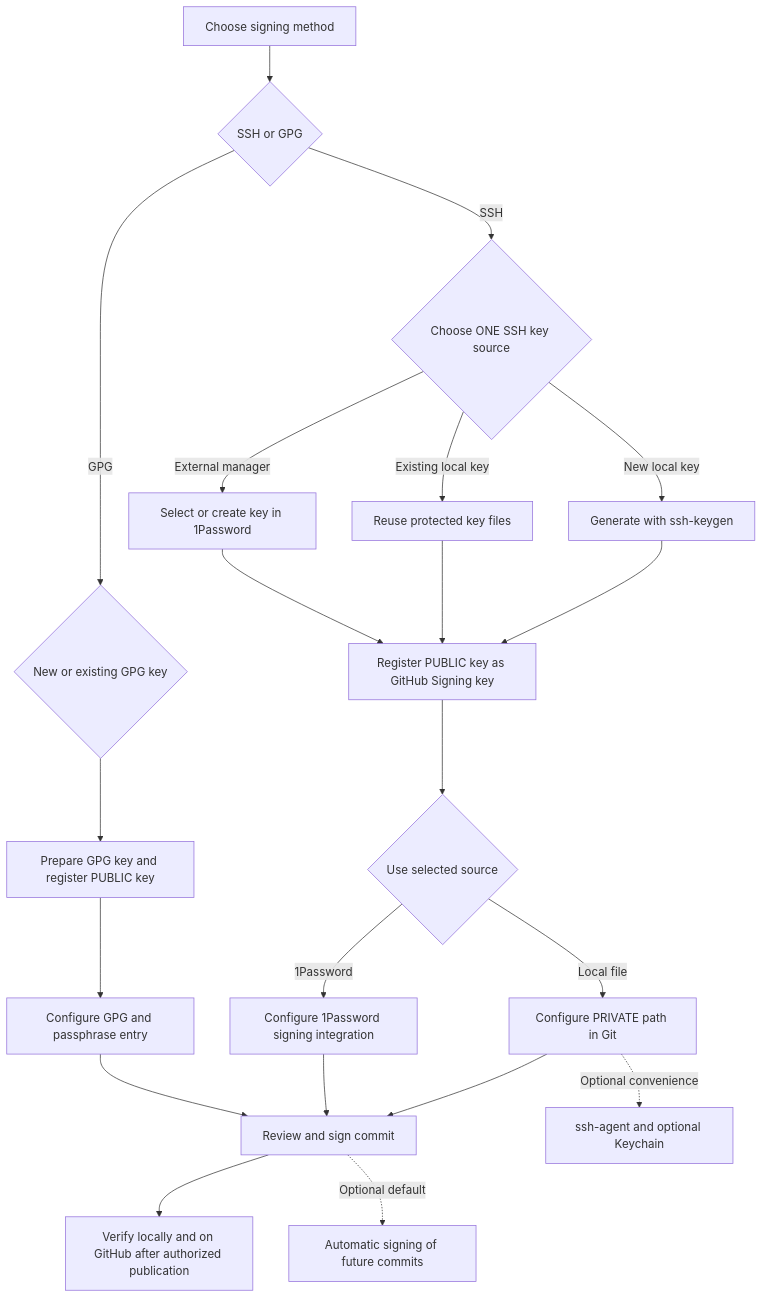
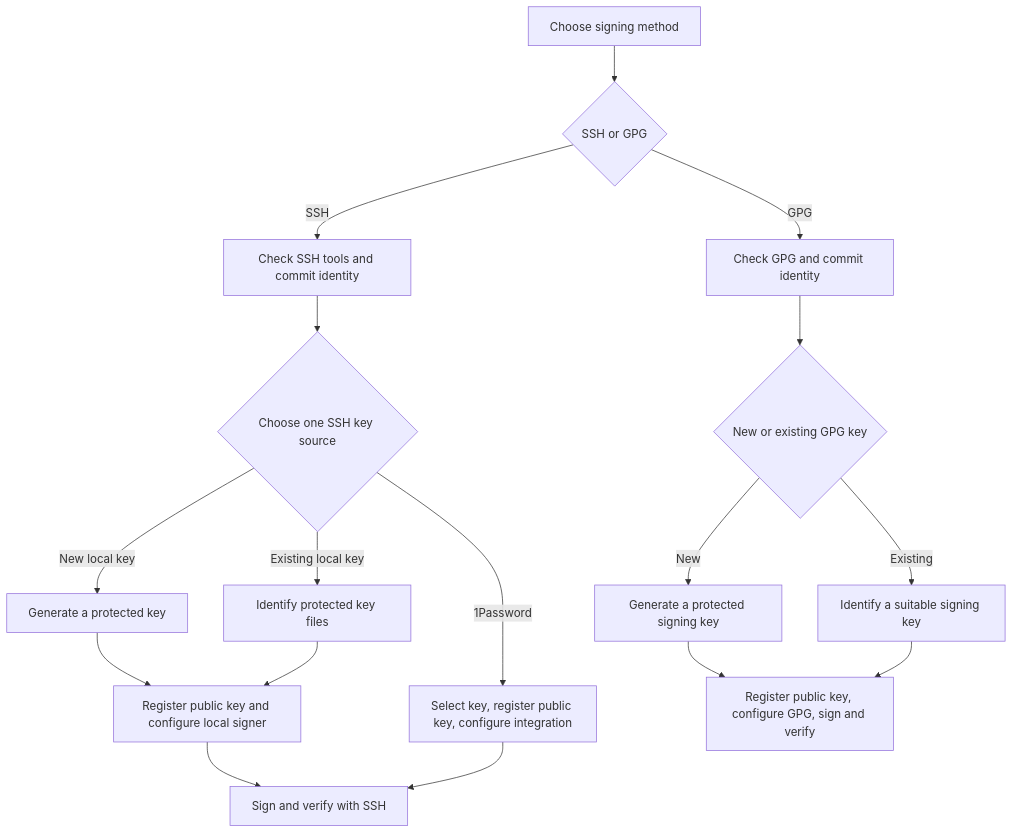
The diagram in docs/github-commit-signing.md (ATTWoWAddon/AllTheThings), drawn with Mermaid before and after one commit. The commit also changed other lines of this file and 1 other file, not shown here.

First line of the commit message:
[Docs] Streamline SSH and signing guides.

````diff
--- a/docs/github-commit-signing.md
+++ b/docs/github-commit-signing.md
@@ -17,23 +19,19 @@
 ```mermaid
 flowchart TD
   Start[Choose signing method] --> Method{SSH or GPG}
-  Method -->|SSH| Source{Choose ONE SSH key source}
-  Source -->|New local key| New[Generate with ssh-keygen]
-  Source -->|Existing local key| Existing[Reuse protected key files]
-  Source -->|External manager| Manager[Select or create key in 1Password]
-  New --> Register[Register PUBLIC key as GitHub Signing key]
-  Existing --> Register
-  Manager --> Register
-  Register --> Signer{Use selected source}
-  Signer -->|Local file| Direct[Configure PRIVATE path in Git]
-  Signer -->|1Password| Managed[Configure 1Password signing integration]
-  Direct --> Sign[Review and sign commit]
-  Managed --> Sign
-  Method -->|GPG| GPGSource{New or existing GPG key}
-  GPGSource --> GPG[Prepare GPG key and register PUBLIC key]
-  GPG --> GPGConfig[Configure GPG and passphrase entry]
-  GPGConfig --> Sign
-  Sign --> Verify[Verify locally and on GitHub after authorized publication]
-  Direct -. Optional convenience .-> Agent[ssh-agent and optional Keychain]
-  Sign -. Optional default .-> Auto[Automatic signing of future commits]
+  Method -->|SSH| SSHCheck[Check SSH tools and commit identity]
+  SSHCheck --> SSHSource{Choose one SSH key source}
+  SSHSource -->|New local key| New[Generate a protected key]
+  SSHSource -->|Existing local key| Existing[Identify protected key files]
+  New --> Local[Register public key and configure local signer]
+  Existing --> Local
+  SSHSource -->|1Password| Manager[Select key, register public key, configure integration]
+  Local --> SSHFinish[Sign and verify with SSH]
+  Manager --> SSHFinish
+  Method -->|GPG| GPGCheck[Check GPG and commit identity]
+  GPGCheck --> GPGSource{New or existing GPG key}
+  GPGSource -->|New| GPGNew[Generate a protected signing key]
+  GPGSource -->|Existing| GPGExisting[Identify a suitable signing key]
+  GPGNew --> GPGFinish[Register public key, configure GPG, sign and verify]
+  GPGExisting --> GPGFinish
 ```
````
